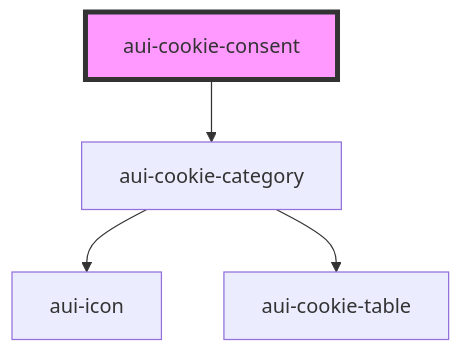
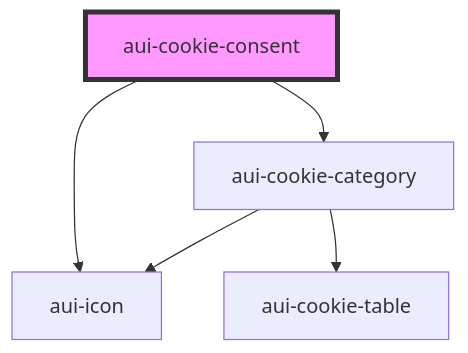
Before and after one commit to digipolisantwerp/antwerp-ui_web-components: the diagram in src/components/cookie-consent/readme.md, drawn with Mermaid. The commit also changed other lines of this file and 10 other files, not shown here.

Commit message:
* Fixed syntax and inner workings of cookie consent * Added a back button * Removed flexbox grid dependency

````diff
--- a/src/components/cookie-consent/readme.md
+++ b/src/components/cookie-consent/readme.md
@@ -28,7 +29,8 @@
 ```mermaid
 graph TD;
   aui-cookie-consent --> aui-cookie-category
+  aui-cookie-consent --> aui-icon
   aui-cookie-category --> aui-icon
   aui-cookie-category --> aui-cookie-table
   style aui-cookie-consent fill:#f9f,stroke:#333,stroke-width:4px
 ```
````
